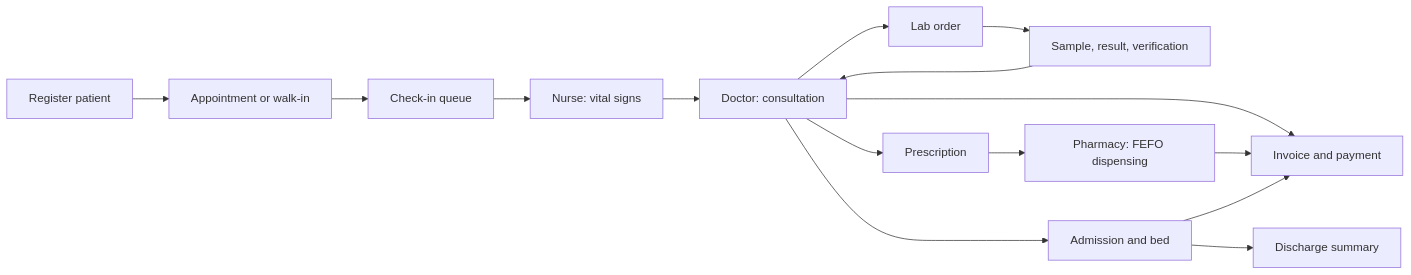
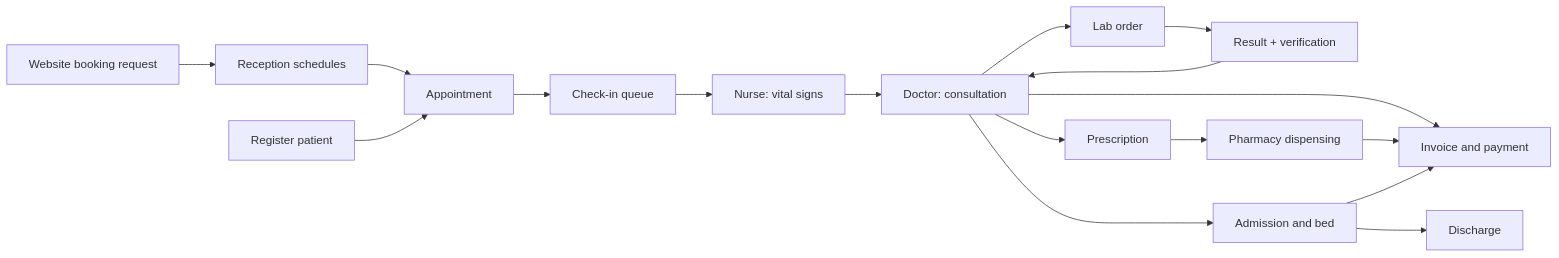
One commit to tewa0121/HOSPITAL-MANAGEMENT-SYSTEM changed the diagram in README.md. Above: the diagram before and after it, drawn with Mermaid. The commit also changed other lines of this file, not shown here.

````diff
--- a/README.md
+++ b/README.md
@@ -86,17 +125,15 @@
 ```mermaid
 flowchart LR
-  A[Register patient] --> B[Appointment or walk-in]
+  W[Website booking request] --> R[Reception schedules]
+  R --> B[Appointment]
+  A[Register patient] --> B
   B --> C[Check-in queue]
   C --> D[Nurse: vital signs]
   D --> E[Doctor: consultation]
-  E --> F[Lab order]
-  F --> G[Sample, result, verification]
-  G --> E
-  E --> H[Prescription]
-  H --> I[Pharmacy: FEFO dispensing]
-  E --> J[Admission and bed]
-  J --> K[Discharge summary]
+  E --> F[Lab order] --> G[Result + verification] --> E
+  E --> H[Prescription] --> I[Pharmacy dispensing]
+  E --> J[Admission and bed] --> K[Discharge]
   E --> L[Invoice and payment]
   I --> L
   J --> L
 ```
````
